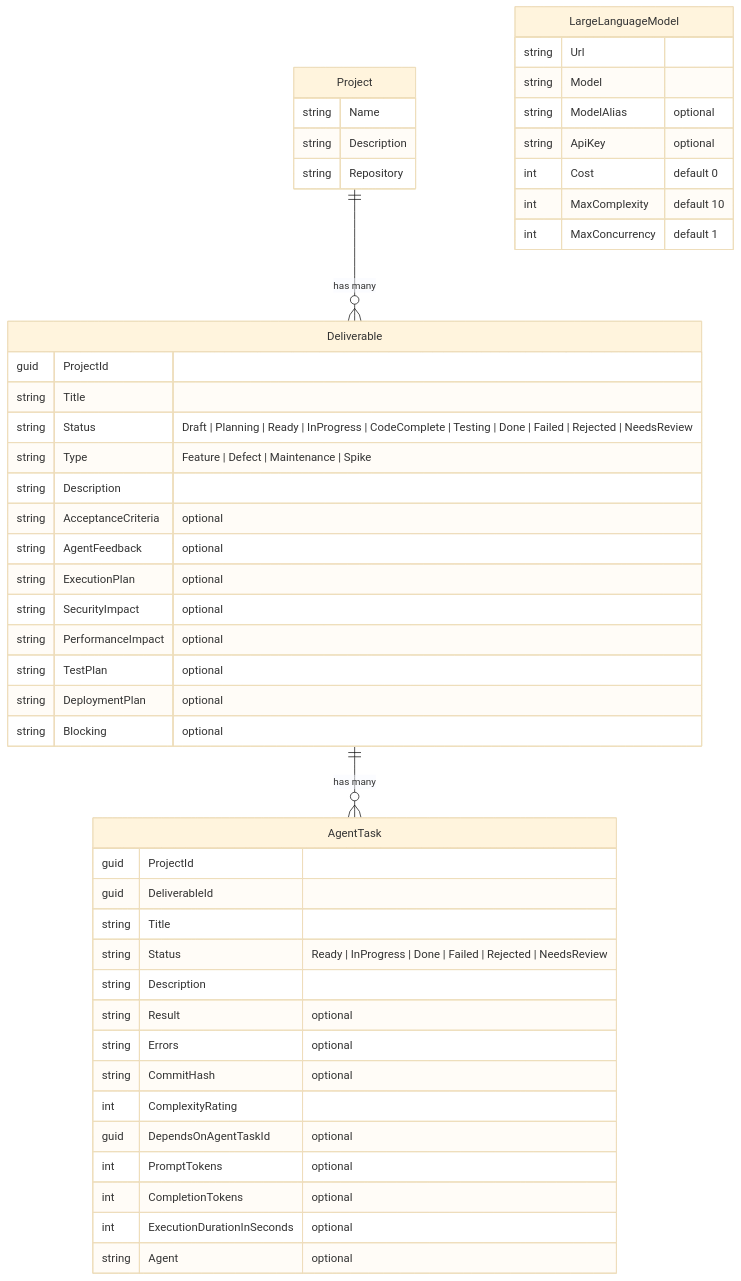
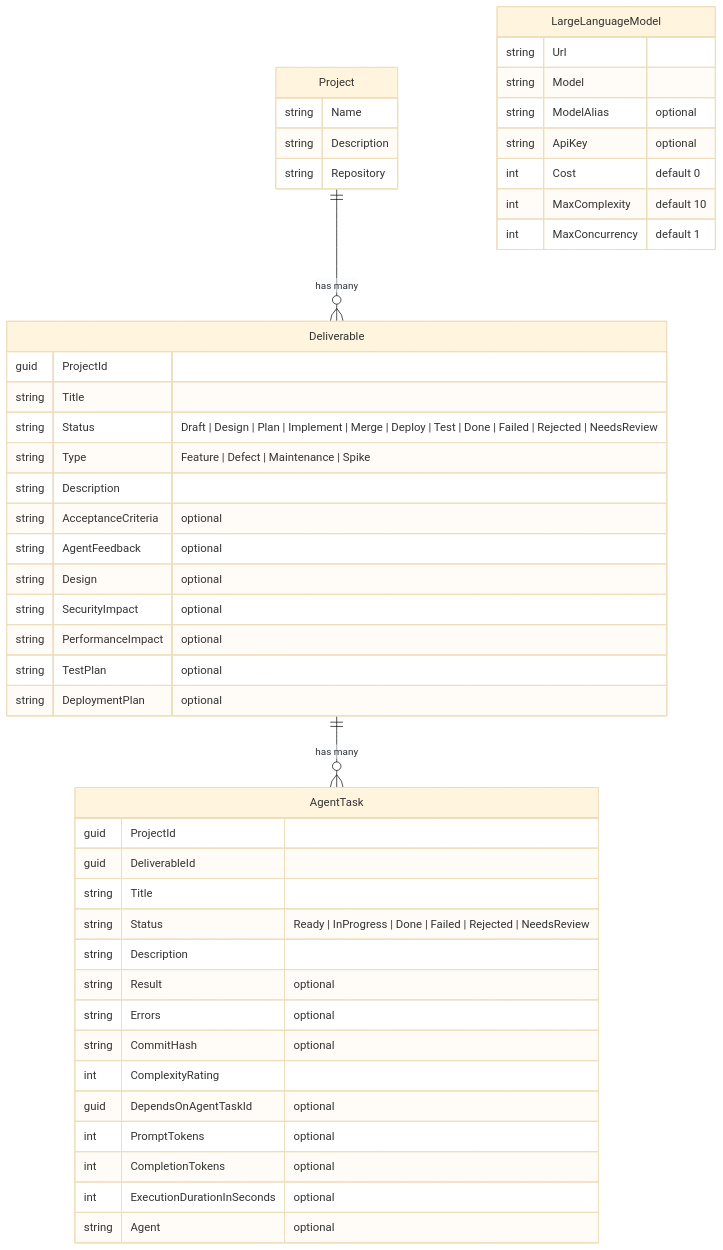
Before and after one commit to MartinKuhne/devstack: the diagram in spec/graphql/data-model.mmd, drawn with Mermaid (base theme). The commit also changed 4 other files, not shown here.

```diff
--- a/spec/graphql/data-model.mmd
+++ b/spec/graphql/data-model.mmd
@@ -1,55 +1,53 @@
 erDiagram
 
     Project {
         string Name
         string Description
         string Repository
     }
 
     Deliverable {
         guid ProjectId
         string Title
-        string Status "Draft | Planning | Ready | InProgress | CodeComplete | Testing | Done | Failed | Rejected | NeedsReview"
+        string Status "Draft | Design | Plan | Implement | Merge | Deploy | Test | Done | Failed | Rejected | NeedsReview"
         string Type "Feature | Defect | Maintenance | Spike"
         string Description
         string AcceptanceCriteria "optional"
         string AgentFeedback "optional"
-        string ExecutionPlan "optional"
+        string Design "optional"
         string SecurityImpact "optional"
         string PerformanceImpact "optional"
         string TestPlan "optional"
         string DeploymentPlan "optional"
-        string Blocking "optional"
     }
 
     AgentTask {
         guid ProjectId
         guid DeliverableId
         string Title
         string Status "Ready | InProgress | Done | Failed | Rejected | NeedsReview"
         string Description
         string Result "optional"
         string Errors "optional"
         string CommitHash "optional"
         int ComplexityRating
         guid DependsOnAgentTaskId "optional"
         int PromptTokens "optional"
         int CompletionTokens "optional"
         int ExecutionDurationInSeconds "optional"
         string Agent "optional"
     }
 
     LargeLanguageModel {
         string Url
-        
         string Model
         string ModelAlias "optional"
         string ApiKey "optional"
         int Cost "default 0"
         int MaxComplexity "default 10"
         int MaxConcurrency "default 1"
     }
 
     %% Relationships
     Project ||--o{ Deliverable : "has many"
     Deliverable ||--o{ AgentTask : "has many"
```
